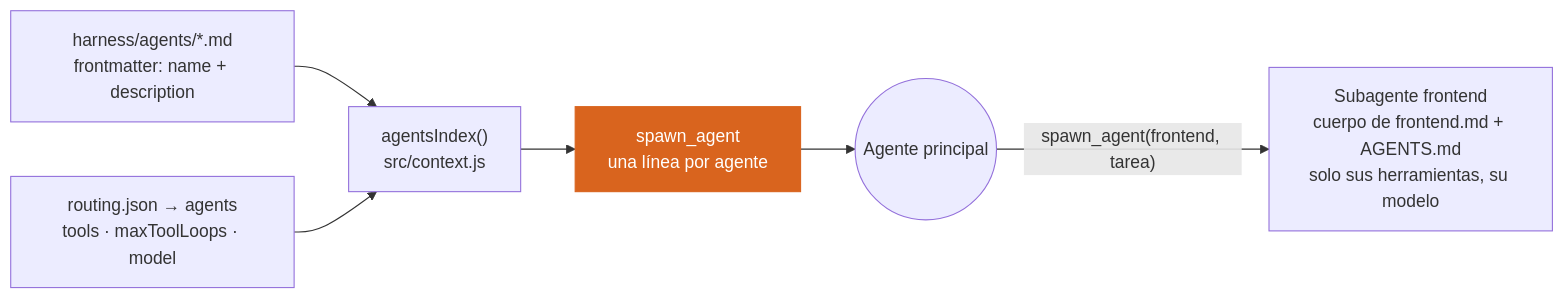
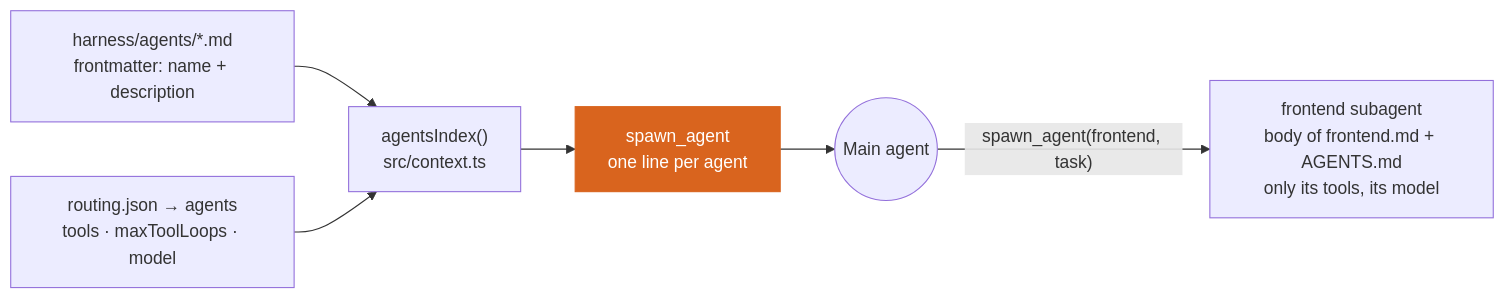
One commit to ada-school/ada-harness changed the tenth of 15 diagrams in README.md. Above: the diagram before and after it, drawn with Mermaid. The commit also changed other lines of this file and 95 other files, not shown here.

````diff
--- a/README.md
+++ b/README.md
@@ -470,9 +490,9 @@
 ```mermaid
 flowchart LR
-    F["harness/agents/*.md<br/>frontmatter: name + description"] --> IDX["agentsIndex()<br/>src/context.js"]
+    F["harness/agents/*.md<br/>frontmatter: name + description"] --> IDX["agentsIndex()<br/>src/context.ts"]
     R["routing.json → agents<br/>tools · maxToolLoops · model"] --> IDX
-    IDX --> SP["spawn_agent<br/>una línea por agente"]
-    SP --> M(("Agente principal"))
-    M -->|"spawn_agent(frontend, tarea)"| SUB["Subagente frontend<br/>cuerpo de frontend.md + AGENTS.md<br/>solo sus herramientas, su modelo"]
+    IDX --> SP["spawn_agent<br/>one line per agent"]
+    SP --> M(("Main agent"))
+    M -->|"spawn_agent(frontend, task)"| SUB["frontend subagent<br/>body of frontend.md + AGENTS.md<br/>only its tools, its model"]
     style SP fill:#d9641e,color:#fff,stroke:#d9641e
 ```
````
